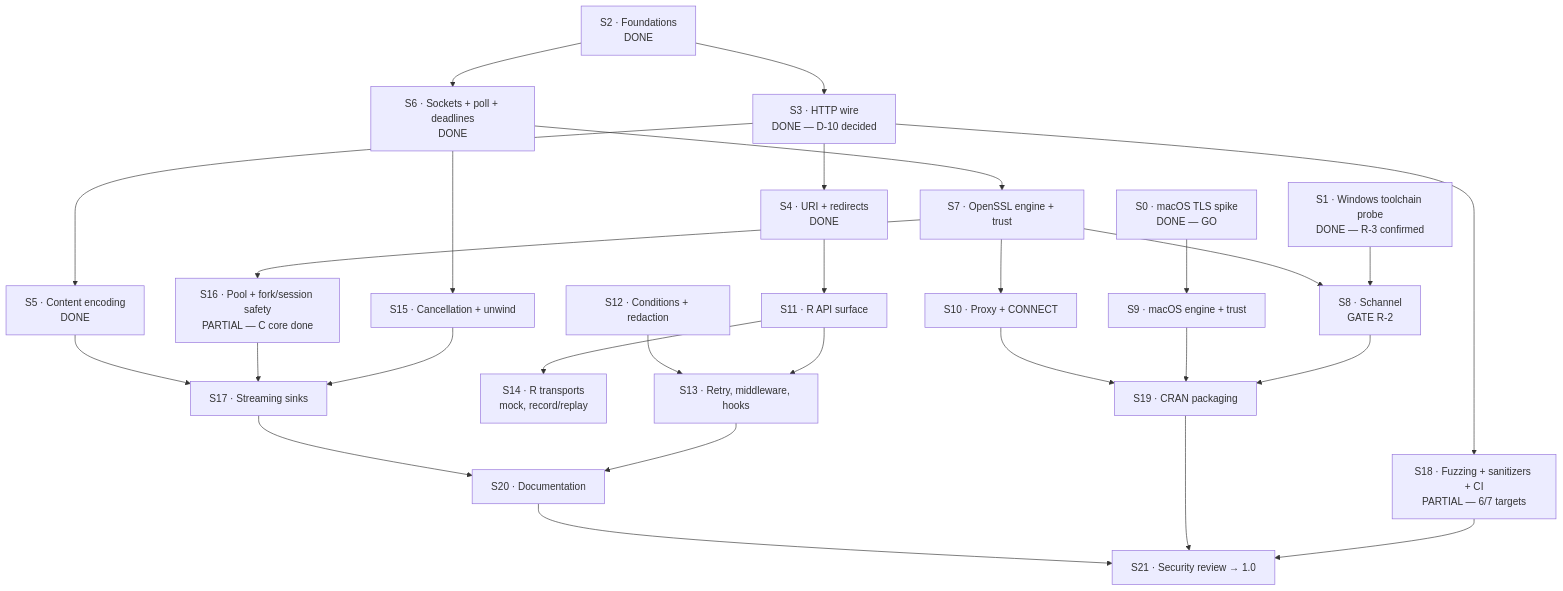
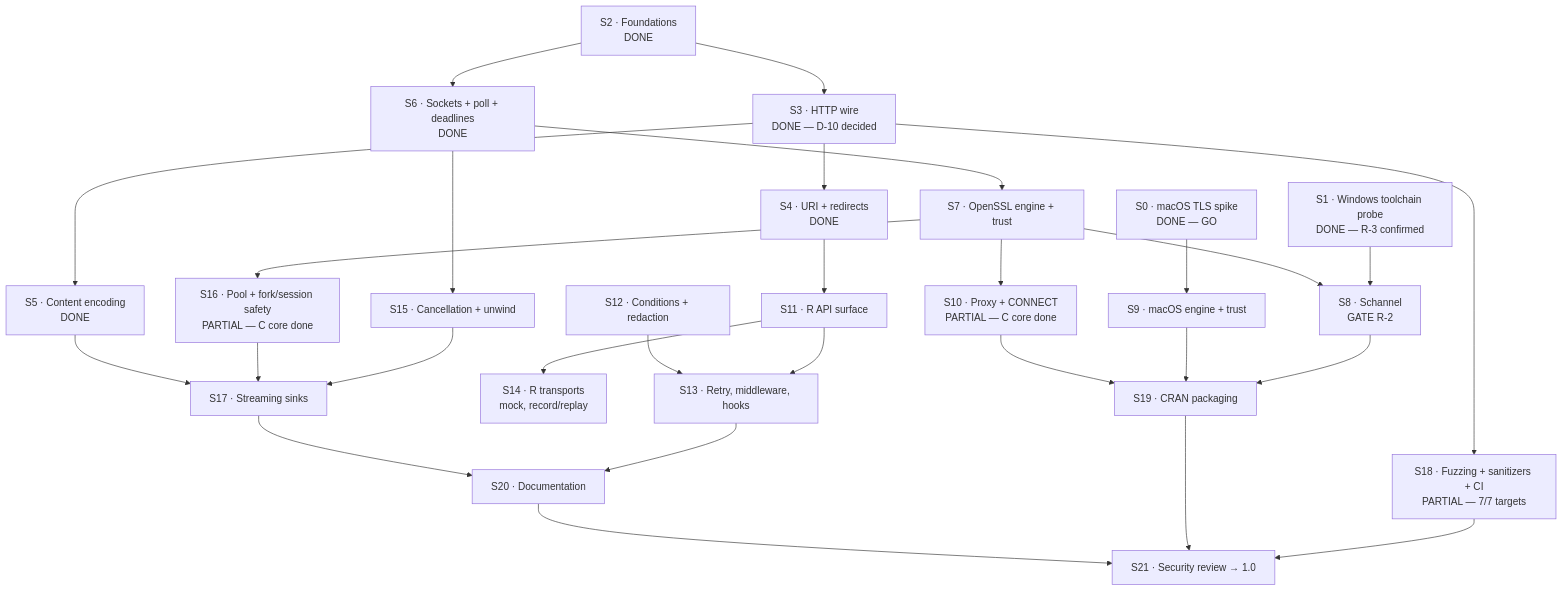
Before and after one commit to pedrobtz/zuhttp: the diagram in roadmap.md, drawn with Mermaid. The commit also changed other lines of this file and 32 other files, not shown here.

First line of the commit message:
feat(proxy): S10 C core, S18 seventh target, and the IPvFuture bug it found

````diff
--- a/roadmap.md
+++ b/roadmap.md
@@ -28,58 +28,58 @@
 ```mermaid
 graph TD
     S0["S0 · macOS TLS spike<br/>DONE — GO"]
     S1["S1 · Windows toolchain probe<br/>DONE — R-3 confirmed"]
 
     S2["S2 · Foundations<br/>DONE"]
     S3["S3 · HTTP wire<br/>DONE — D-10 decided"]
     S4["S4 · URI + redirects<br/>DONE"]
     S5["S5 · Content encoding<br/>DONE"]
 
     S6["S6 · Sockets + poll + deadlines<br/>DONE"]
     S7["S7 · OpenSSL engine + trust"]
     S8["S8 · Schannel<br/>GATE R-2"]
     S9["S9 · macOS engine + trust"]
-    S10["S10 · Proxy + CONNECT"]
+    S10["S10 · Proxy + CONNECT<br/>PARTIAL — C core done"]
 
     S11["S11 · R API surface"]
     S12["S12 · Conditions + redaction"]
     S13["S13 · Retry, middleware, hooks"]
     S14["S14 · R transports<br/>mock, record/replay"]
 
     S15["S15 · Cancellation + unwind"]
     S16["S16 · Pool + fork/session safety<br/>PARTIAL — C core done"]
     S17["S17 · Streaming sinks"]
 
-    S18["S18 · Fuzzing + sanitizers + CI<br/>PARTIAL — 6/7 targets"]
+    S18["S18 · Fuzzing + sanitizers + CI<br/>PARTIAL — 7/7 targets"]
     S19["S19 · CRAN packaging"]
     S20["S20 · Documentation"]
     S21["S21 · Security review → 1.0"]
 
     S0 --> S9
     S1 --> S8
     S2 --> S3
     S2 --> S6
     S3 --> S4
     S3 --> S5
     S3 --> S18
     S6 --> S7
     S6 --> S15
     S7 --> S8
     S7 --> S10
     S7 --> S16
     S8 --> S19
     S9 --> S19
     S4 --> S11
     S11 --> S13
     S12 --> S13
     S11 --> S14
     S15 --> S17
     S16 --> S17
     S13 --> S20
     S17 --> S20
     S18 --> S21
     S19 --> S21
     S20 --> S21
     S10 --> S19
     S5 --> S17
 ```
````
